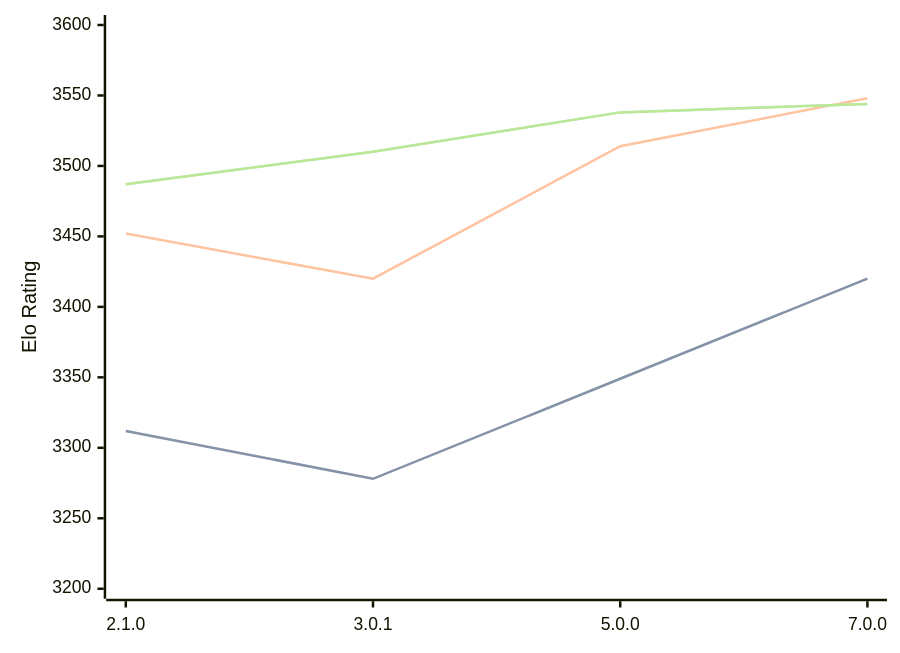
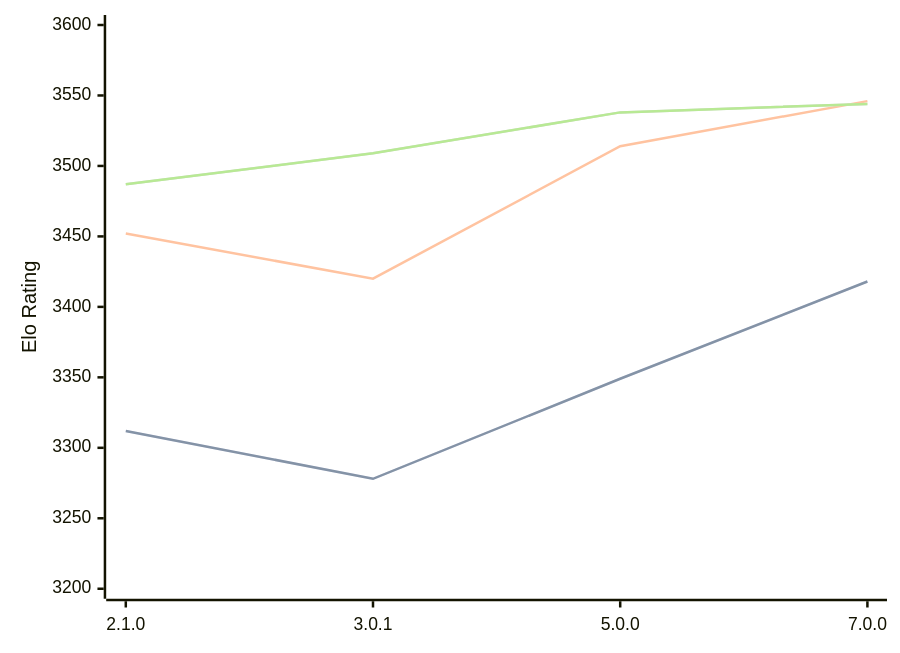
Before and after one commit to computer-chess-index/cci: the first of 3 diagrams in engines/PlentyChess.md, drawn with Mermaid. The commit also changed other lines of this file, not shown here.

Commit message:
Update CCI Ratings (ELO VLTC) - 2026-06-19

````diff
--- a/engines/PlentyChess.md
+++ b/engines/PlentyChess.md
@@ -45,11 +45,11 @@
 ```mermaid
 %%{init: {"theme":"base","themeVariables":{"seriesColors:['#a3a3a3','#222221','#faa371']}}}%%
 xychart-beta
   x-axis ["2.1.0", "3.0.1", "5.0.0", "7.0.0"]
   y-axis "Elo Rating" 3200 --> 3600
-  line "STC (8.0+0.08s)" [3312, 3278, 3349, 3420]
-  line "STC (8.0+0.08s)" [3312, 3278, 3349, 3420]
-  line "LTC (60.0+0.60s)" [3452, 3420, 3514, 3548]
-  line "VLTC (2m24s+1.12s)" [3487, 3510, 3538, 3544]
-  line "VLTC (2m24s+1.12s)" [3487, 3510, 3538, 3544]
+  line "STC (8.0+0.08s)" [3312, 3278, 3349, 3418]
+  line "STC (8.0+0.08s)" [3312, 3278, 3349, 3418]
+  line "LTC (60.0+0.60s)" [3452, 3420, 3514, 3546]
+  line "VLTC (2m24s+1.12s)" [3487, 3509, 3538, 3544]
+  line "VLTC (2m24s+1.12s)" [3487, 3509, 3538, 3544]
 ```
````
